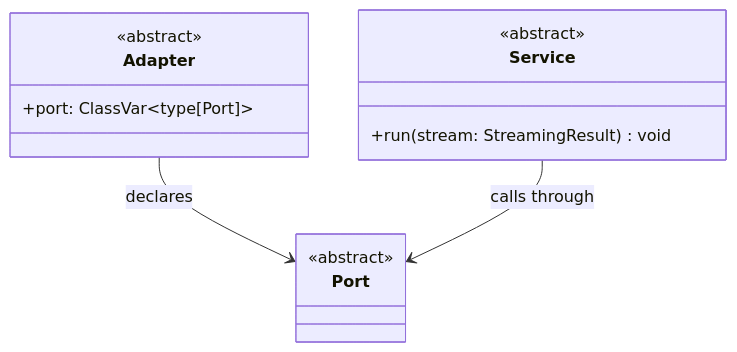
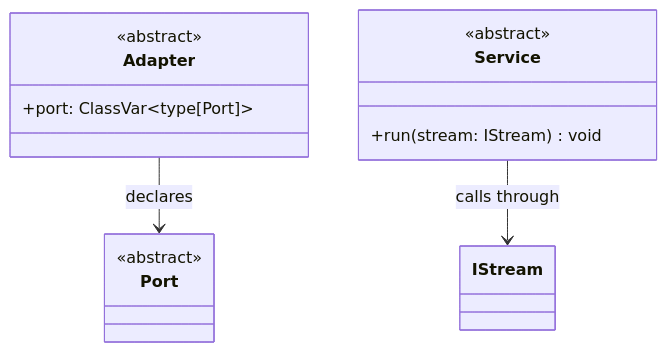
One commit to BinaryBand/scop-demo changed the third of 3 diagrams in docs/ARCHITECTURE.md. Above: the diagram before and after it, drawn with Mermaid. The commit also changed other lines of this file and 13 other files, not shown here.

Commit message:
feat: refactor streaming architecture to introduce IStream interface and update service implementations

````diff
--- a/docs/ARCHITECTURE.md
+++ b/docs/ARCHITECTURE.md
@@ -146,19 +152,19 @@
 ```mermaid
 classDiagram
     class Port {
         <<abstract>>
     }
 
     class Adapter {
         <<abstract>>
         +port: ClassVar~type[Port]~
     }
 
     class Service {
         <<abstract>>
-        +run(stream: StreamingResult) void
+        +run(stream: IStream) void
     }
 
     Adapter --> Port : declares
-    Service --> Port : calls through
+    Service --> IStream : calls through
 ```
````
